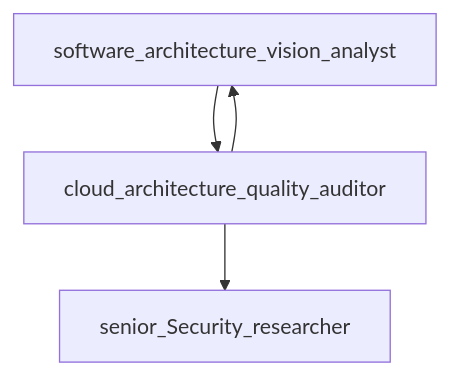
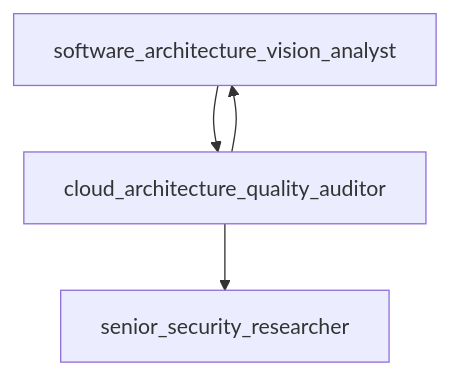
The diagram in README.md (AlexandreSabino/fiap-stride-hackaton), drawn with Mermaid before and after one commit. The commit also changed other lines of this file, not shown here.

````diff
--- a/README.md
+++ b/README.md
@@ -21,6 +16,6 @@
 ``` mermaid
 flowchart TD
     software_architecture_vision_analyst --> cloud_architecture_quality_auditor
     cloud_architecture_quality_auditor -->  software_architecture_vision_analyst
-    cloud_architecture_quality_auditor --> senior_Security_researcher
+    cloud_architecture_quality_auditor --> senior_security_researcher
 ```
````
